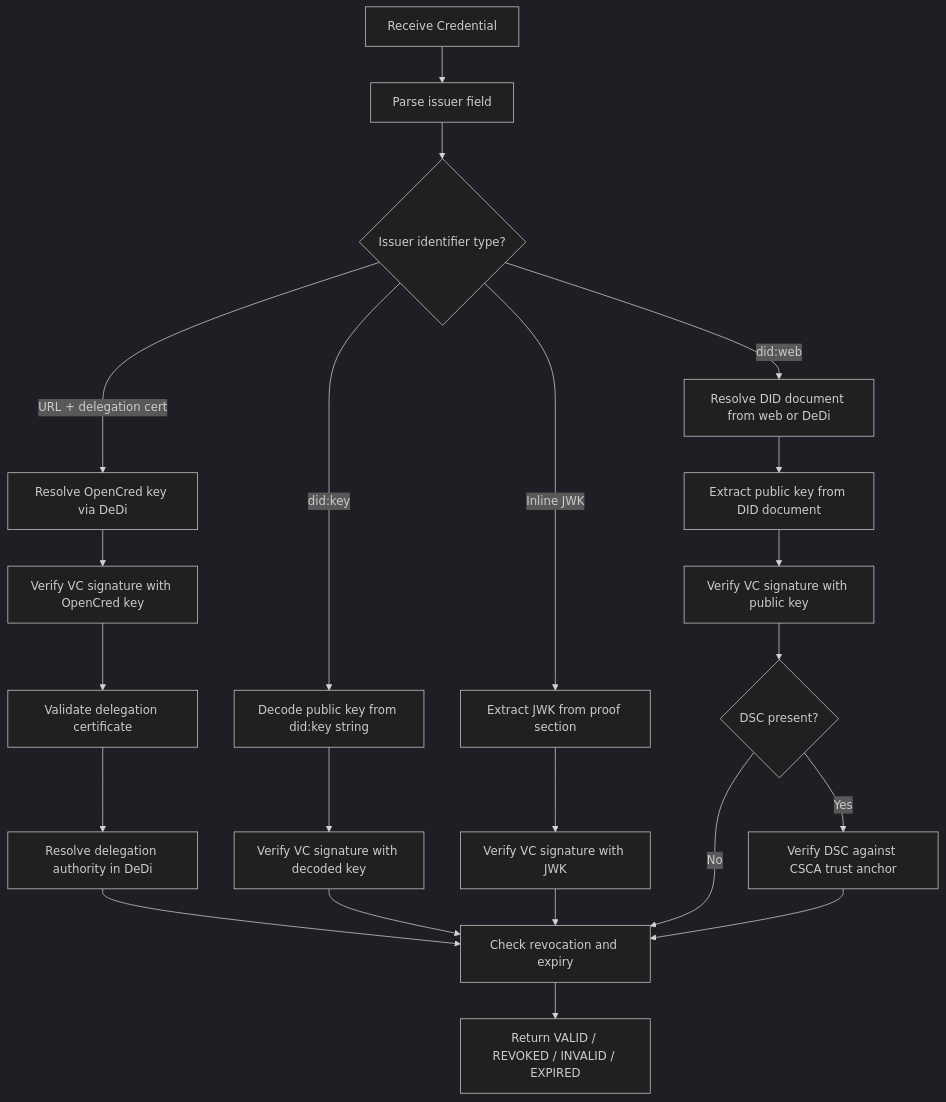
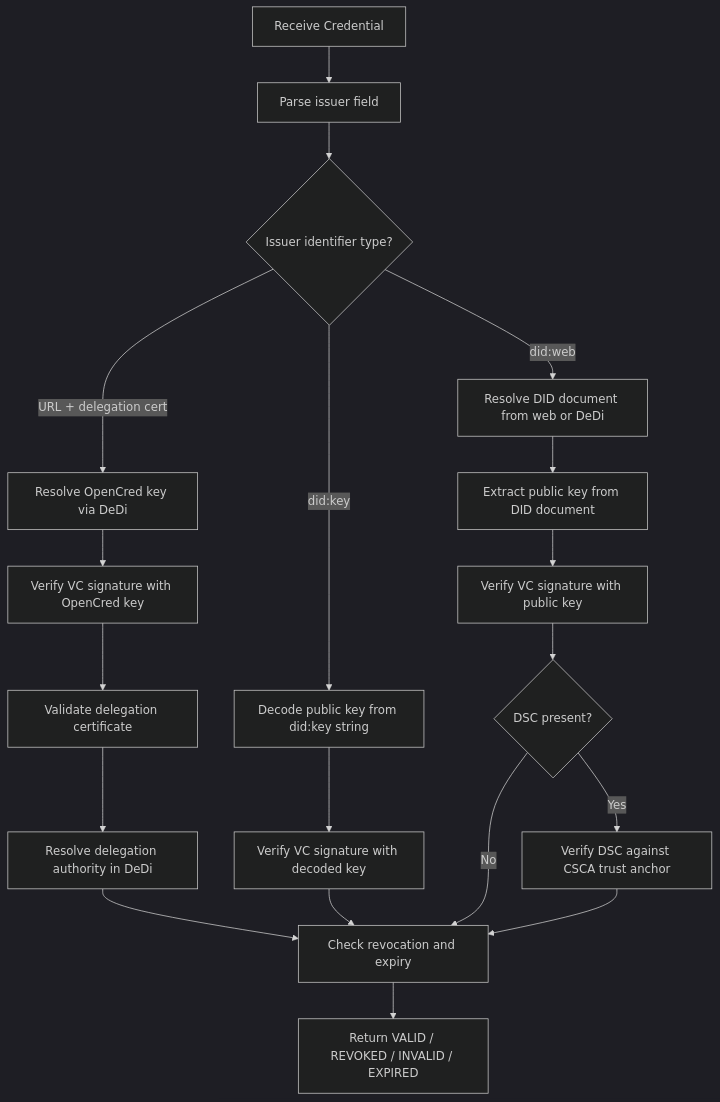
One commit to nfh-trust-labs/opencred changed the sixth of 7 diagrams in OpenCred_PRD.md. Above: the diagram before and after it, drawn with Mermaid (dark theme). The commit also changed other lines of this file, not shown here.

````diff
--- a/OpenCred_PRD.md
+++ b/OpenCred_PRD.md
@@ -751,31 +733,26 @@
 ```mermaid
 flowchart TD
     Start[Receive Credential] --> Parse[Parse issuer field]
     Parse --> MethodCheck{Issuer identifier type?}
 
     MethodCheck -->|"did:web"| ResolveDID[Resolve DID document from web or DeDi]
     ResolveDID --> ExtractPubKey[Extract public key from DID document]
     ExtractPubKey --> VerifyVC_W[Verify VC signature with public key]
 
     MethodCheck -->|"did:key"| DecodeDIDKey[Decode public key from did:key string]
     DecodeDIDKey --> VerifyVC_K[Verify VC signature with decoded key]
 
-    MethodCheck -->|"Inline JWK"| ExtractJWK[Extract JWK from proof section]
-    ExtractJWK --> VerifyVC_J[Verify VC signature with JWK]
-
     MethodCheck -->|"URL + delegation cert"| ResolveDelegation[Resolve OpenCred key via DeDi]
     ResolveDelegation --> VerifyVC_D[Verify VC signature with OpenCred key]
     VerifyVC_D --> ValidateDeleg[Validate delegation certificate]
     ValidateDeleg --> CheckDelegAuth[Resolve delegation authority in DeDi]
     CheckDelegAuth --> StatusCheck
 
     VerifyVC_W --> DSCCheck{DSC present?}
     VerifyVC_K --> StatusCheck[Check revocation and expiry]
-    VerifyVC_J --> StatusCheck
-
     DSCCheck -->|Yes| VerifyDSC[Verify DSC against CSCA trust anchor]
     DSCCheck -->|No| StatusCheck
     VerifyDSC --> StatusCheck
 
     StatusCheck --> Result[Return VALID / REVOKED / INVALID / EXPIRED]
 ```
````
